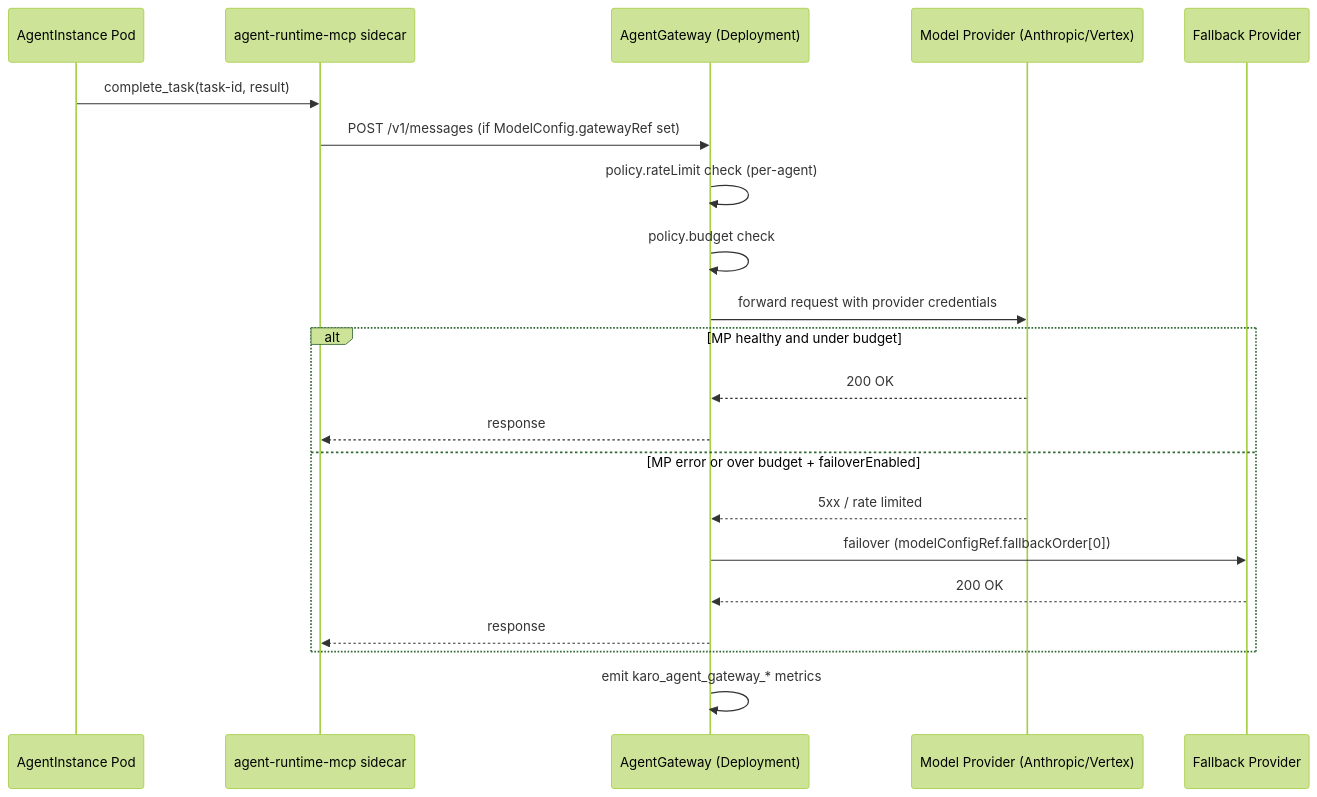
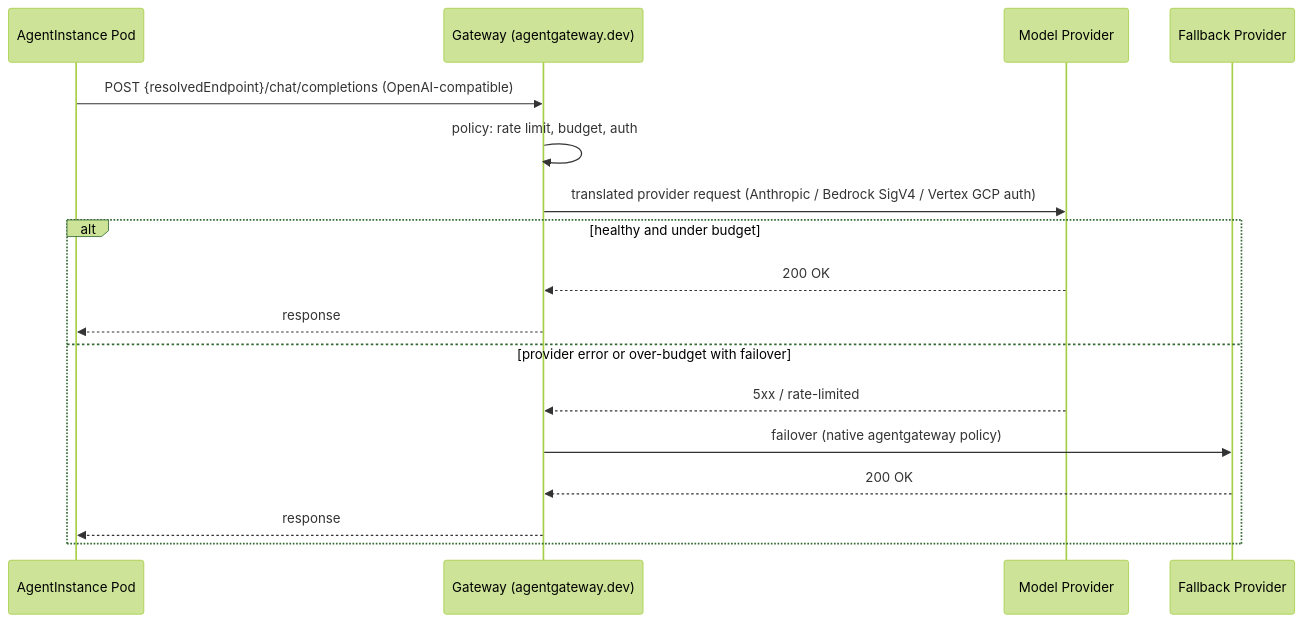
Before and after one commit to joe2far/karo: the sixth of 13 diagrams in docs/karo-spec-v0.4.0-alpha.md, drawn with Mermaid (forest theme). The commit also changed other lines of this file and 17 other files, not shown here.

````diff
--- a/docs/karo-spec-v0.4.0-alpha.md
+++ b/docs/karo-spec-v0.4.0-alpha.md
@@ -3024,24 +3038,20 @@
 ```mermaid
 sequenceDiagram
     participant AI as AgentInstance Pod
-    participant SC as agent-runtime-mcp sidecar
-    participant AGW as AgentGateway (Deployment)
-    participant MP as Model Provider (Anthropic/Vertex)
+    participant AGW as Gateway (agentgateway.dev)
+    participant MP as Model Provider
     participant FB as Fallback Provider
 
-    AI->>SC: complete_task(task-id, result)
-    SC->>AGW: POST /v1/messages (if ModelConfig.gatewayRef set)
-    AGW->>AGW: policy.rateLimit check (per-agent)
-    AGW->>AGW: policy.budget check
-    AGW->>MP: forward request with provider credentials
-    alt MP healthy and under budget
+    AI->>AGW: POST {resolvedEndpoint}/chat/completions  (OpenAI-compatible)
+    AGW->>AGW: policy: rate limit, budget, auth
+    AGW->>MP: translated provider request (Anthropic / Bedrock SigV4 / Vertex GCP auth)
+    alt healthy and under budget
         MP-->>AGW: 200 OK
-        AGW-->>SC: response
-    else MP error or over budget + failoverEnabled
-        MP-->>AGW: 5xx / rate limited
-        AGW->>FB: failover (modelConfigRef.fallbackOrder[0])
+        AGW-->>AI: response
+    else provider error or over-budget with failover
+        MP-->>AGW: 5xx / rate-limited
+        AGW->>FB: failover (native agentgateway policy)
         FB-->>AGW: 200 OK
-        AGW-->>SC: response
+        AGW-->>AI: response
     end
-    AGW->>AGW: emit karo_agent_gateway_* metrics
 ```
````
